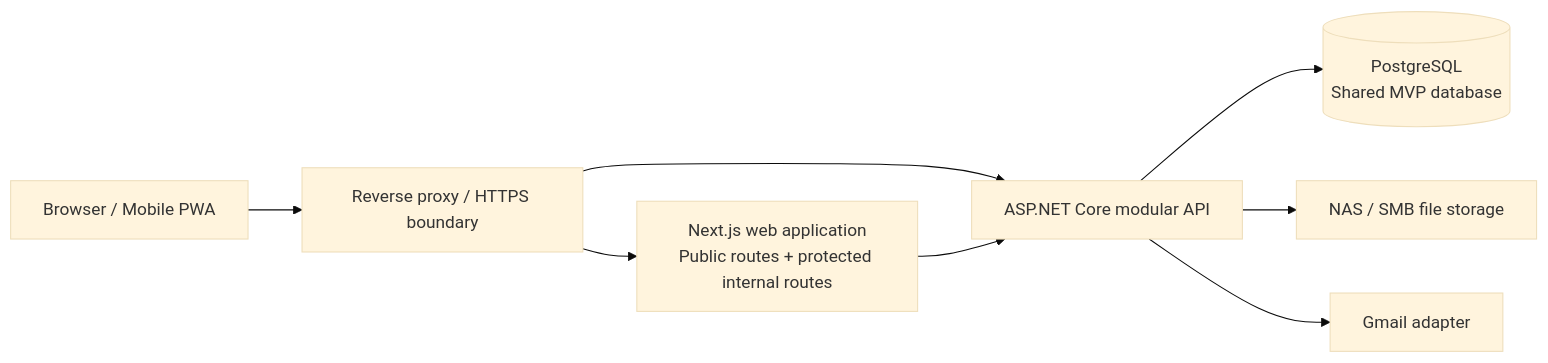
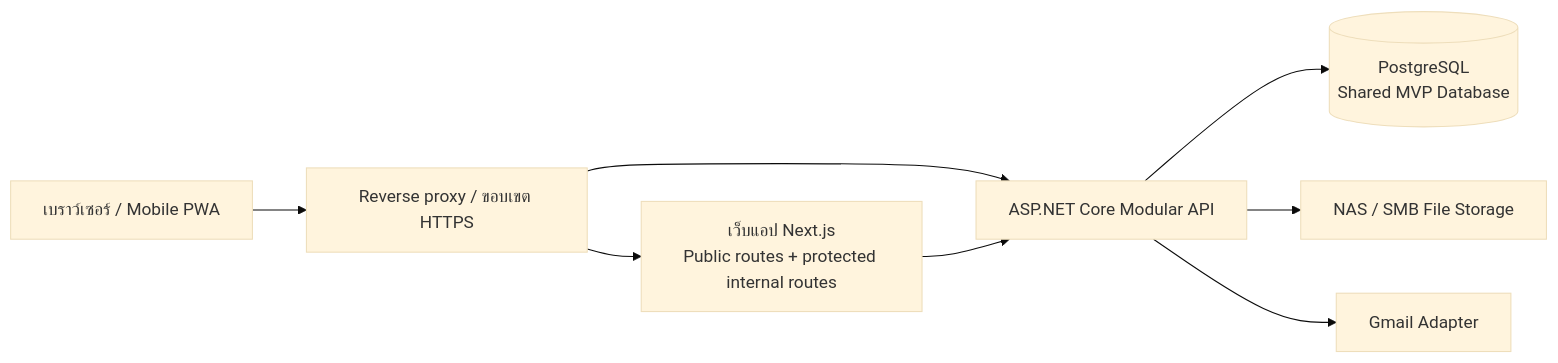
One commit to Patllom/TPR10mac changed the first of 2 diagrams in docs/superpowers/specs/2026-09-18-tpr10-module-0-architecture-baseline-design.md. Above: the diagram before and after it, drawn with Mermaid (base theme). The commit also changed other lines of this file, not shown here.

Commit message:
docs: translate module 0 architecture baseline to Thai

````diff
--- a/docs/superpowers/specs/2026-09-18-tpr10-module-0-architecture-baseline-design.md
+++ b/docs/superpowers/specs/2026-09-18-tpr10-module-0-architecture-baseline-design.md
@@ -90,18 +66,18 @@
 ```mermaid
 flowchart LR
-  Browser[Browser / Mobile PWA]
-  Web[Next.js web application\nPublic routes + protected internal routes]
-  Proxy[Reverse proxy / HTTPS boundary]
-  API[ASP.NET Core modular API]
-  DB[(PostgreSQL\nShared MVP database)]
-  NAS[NAS / SMB file storage]
-  Gmail[Gmail adapter]
+  Browser[เบราว์เซอร์ / Mobile PWA]
+  Web[เว็บแอป Next.js\nPublic routes + protected internal routes]
+  Proxy[Reverse proxy / ขอบเขต HTTPS]
+  API[ASP.NET Core Modular API]
+  DB[(PostgreSQL\nShared MVP Database)]
+  NAS[NAS / SMB File Storage]
+  Gmail[Gmail Adapter]
 
   Browser --> Proxy
   Proxy --> Web
   Proxy --> API
   Web --> API
   API --> DB
   API --> NAS
   API --> Gmail
 ```
````
